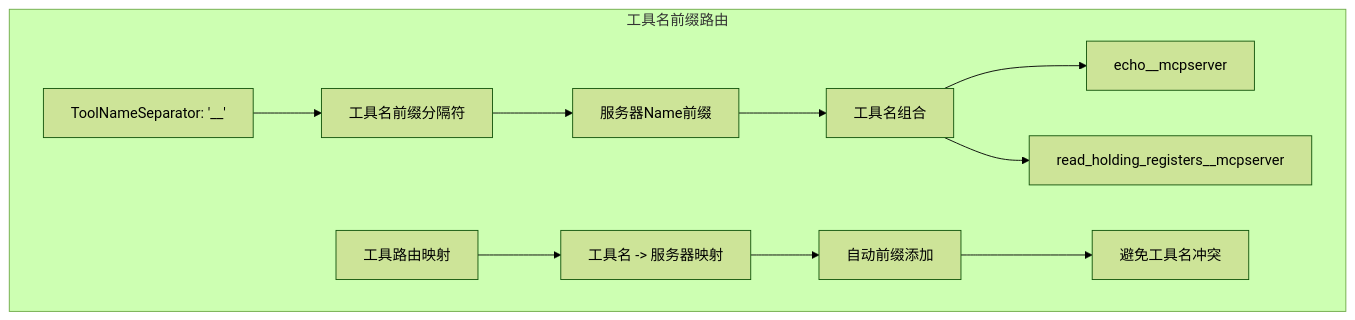
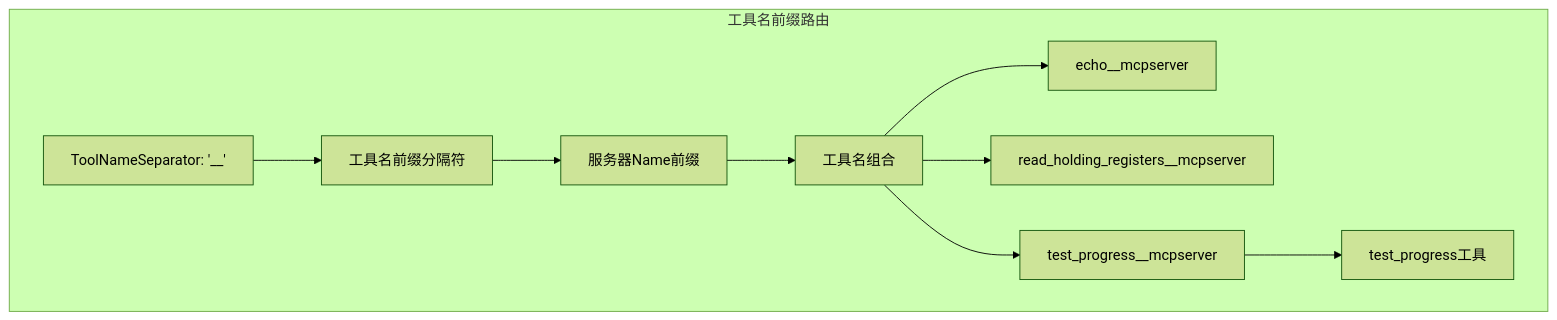
Diagram 16 of 18 in .qoder/repowiki/zh/content/AI应用模块/MCP服务器.md (maomao94/zero-service), drawn with Mermaid (forest theme) before and after one commit. The commit also changed other lines of this file and 42 other files, not shown here.

````diff
--- a/.qoder/repowiki/zh/content/AI应用模块/MCP服务器.md
+++ b/.qoder/repowiki/zh/content/AI应用模块/MCP服务器.md
@@ -705,13 +817,12 @@
 ```mermaid
 graph TB
 subgraph "工具名前缀路由"
 A["ToolNameSeparator: '__'"] --> B["工具名前缀分隔符"]
 B --> C["服务器Name前缀"]
 C --> D["工具名组合"]
 D --> E["echo__mcpserver"]
 D --> F["read_holding_registers__mcpserver"]
-G["工具路由映射"] --> H["工具名 -> 服务器映射"]
-H --> I["自动前缀添加"]
-I --> J["避免工具名冲突"]
+D --> G["test_progress__mcpserver"]
+G --> H["test_progress工具"]
 end
 ```
````
